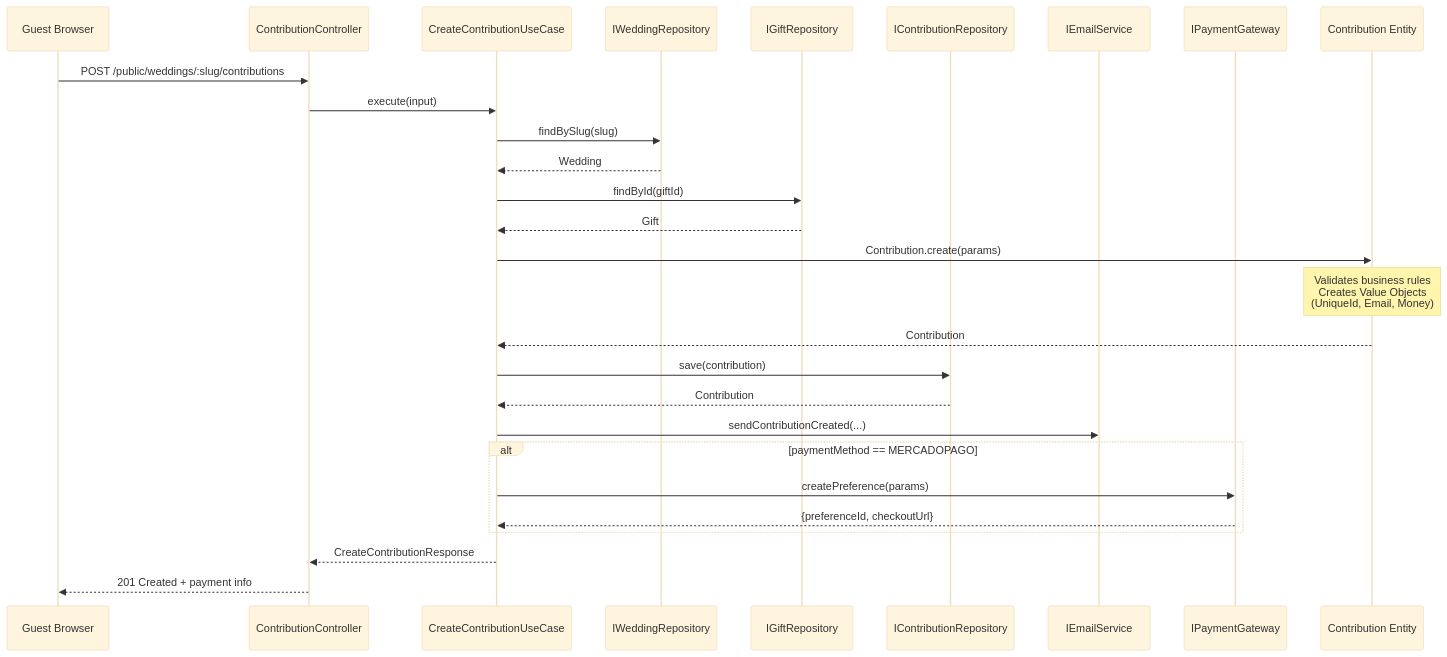
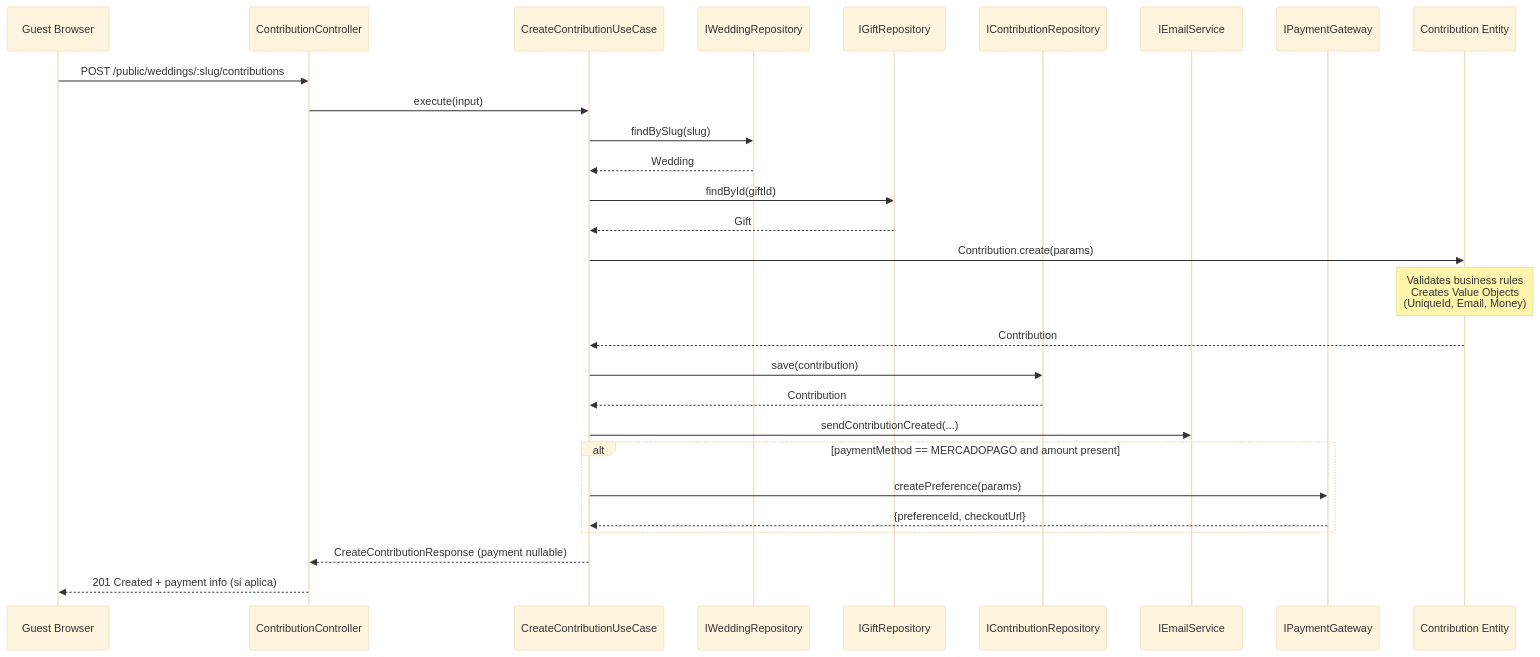
Before and after one commit to jagoss/wedding-gifts: the second of 3 diagrams in docs/c4-codigo-pagos.md, drawn with Mermaid (base theme). The commit also changed other lines of this file and 3 other files, not shown here.

Commit message:
Refactor architecture diagrams for clarity and consistency. Updated terminology in flowcharts, improved descriptions of components, and added missing use cases for contributions and payments. Enhanced documentation structure to better reflect the Clean Architecture principles.

````diff
--- a/docs/c4-codigo-pagos.md
+++ b/docs/c4-codigo-pagos.md
@@ -204,38 +216,38 @@
 ```mermaid
 sequenceDiagram
     participant Guest as Guest Browser
     participant Ctrl as ContributionController
     participant UC as CreateContributionUseCase
     participant WRepo as IWeddingRepository
     participant GRepo as IGiftRepository
     participant CRepo as IContributionRepository
     participant Email as IEmailService
     participant PG as IPaymentGateway
     participant Entity as Contribution Entity
 
     Guest->>Ctrl: POST /public/weddings/:slug/contributions
     Ctrl->>UC: execute(input)
     
     UC->>WRepo: findBySlug(slug)
     WRepo-->>UC: Wedding
     
     UC->>GRepo: findById(giftId)
     GRepo-->>UC: Gift
     
     UC->>Entity: Contribution.create(params)
     Note over Entity: Validates business rules<br/>Creates Value Objects<br/>(UniqueId, Email, Money)
     Entity-->>UC: Contribution
     
     UC->>CRepo: save(contribution)
     CRepo-->>UC: Contribution
     
     UC->>Email: sendContributionCreated(...)
     
-    alt paymentMethod == MERCADOPAGO
+    alt paymentMethod == MERCADOPAGO and amount present
         UC->>PG: createPreference(params)
         PG-->>UC: {preferenceId, checkoutUrl}
     end
     
-    UC-->>Ctrl: CreateContributionResponse
-    Ctrl-->>Guest: 201 Created + payment info
+    UC-->>Ctrl: CreateContributionResponse (payment nullable)
+    Ctrl-->>Guest: 201 Created + payment info (si aplica)
 ```
````
